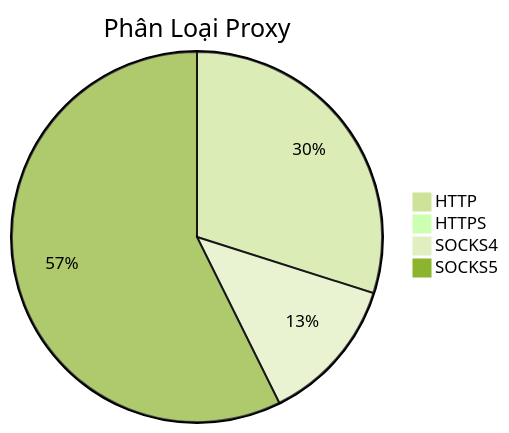
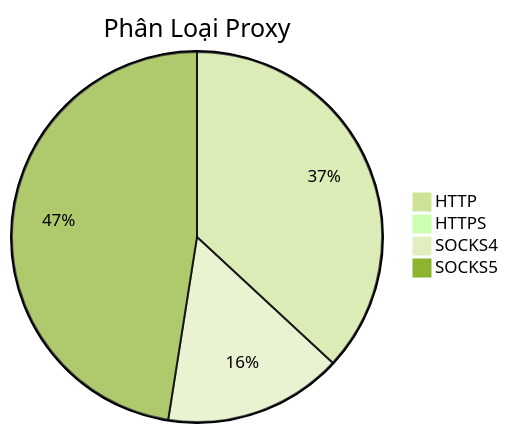
The diagram in README.md (Ciara-12/PROXY-free), drawn with Mermaid (forest theme) before and after one commit. The commit also changed other lines of this file and 4 other files, not shown here.

````diff
--- a/README.md
+++ b/README.md
@@ -26,7 +26,7 @@
 ```mermaid
 pie title Phân Loại Proxy
-    "HTTP" : 981
-    "HTTPS" : 5
-    "SOCKS4" : 419
-    "SOCKS5" : 1881
+    "HTTP" : 964
+    "HTTPS" : 1
+    "SOCKS4" : 407
+    "SOCKS5" : 1241
 ```
````
